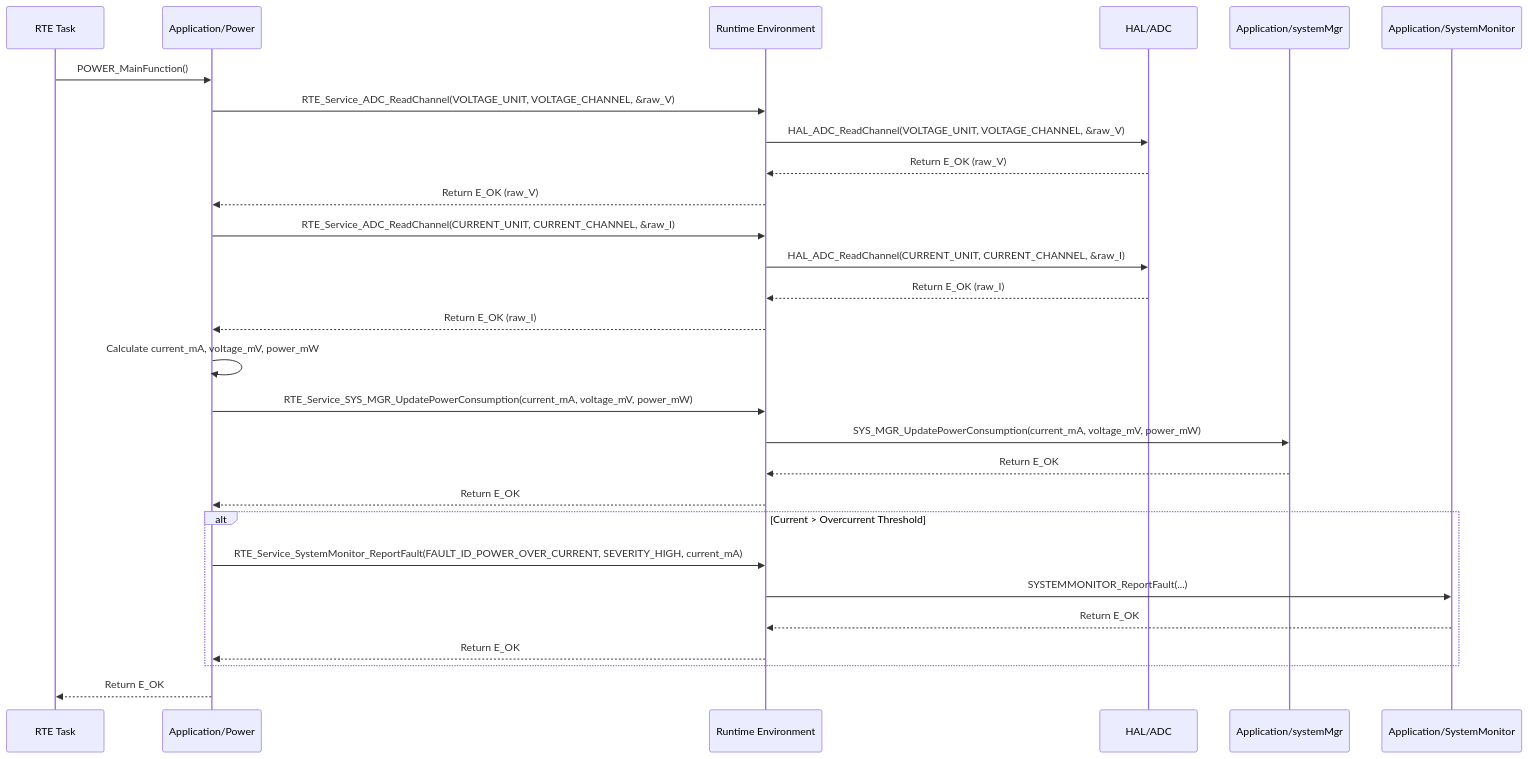
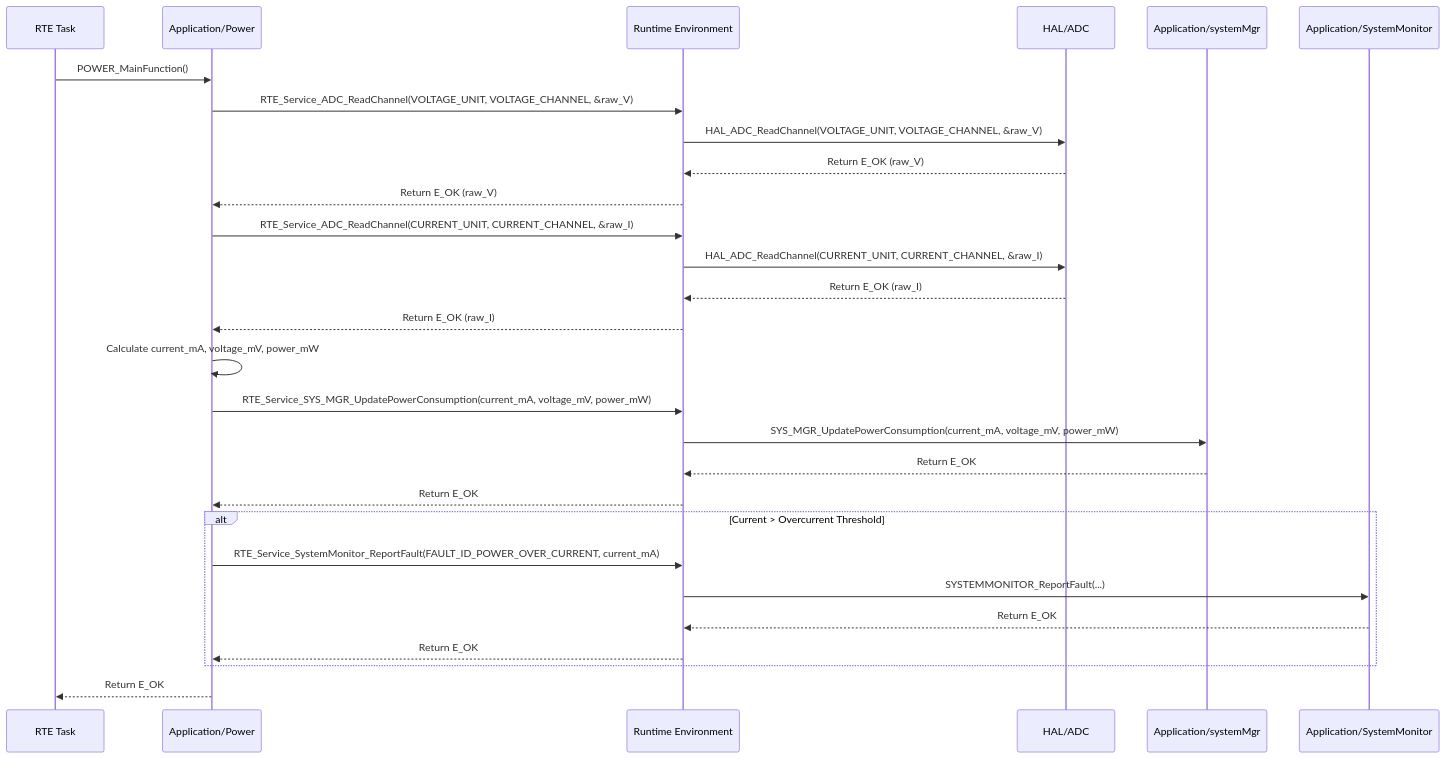
One commit to ashaker-2/Platform changed the diagram in Requiremets/Design/Application/PowerMgr.md. Above: the diagram before and after it, drawn with Mermaid. The commit also changed other lines of this file and 79 other files, not shown here.

````diff
--- a/Requiremets/Design/Application/PowerMgr.md
+++ b/Requiremets/Design/Application/PowerMgr.md
@@ -205,34 +209,34 @@
 ```mermaid
 sequenceDiagram  
     participant RTE_MainLoopTask as RTE Task  
     participant Power as Application/Power  
     participant RTE as Runtime Environment  
     participant HAL_ADC as HAL/ADC  
     participant SystemMgr as Application/systemMgr  
     participant SystemMonitor as Application/SystemMonitor
 
     RTE_MainLoopTask->>Power: POWER_MainFunction()  
     Power->>RTE: RTE_Service_ADC_ReadChannel(VOLTAGE_UNIT, VOLTAGE_CHANNEL, &raw_V)  
     RTE->>HAL_ADC: HAL_ADC_ReadChannel(VOLTAGE_UNIT, VOLTAGE_CHANNEL, &raw_V)  
     HAL_ADC-->>RTE: Return E_OK (raw_V)  
     RTE-->>Power: Return E_OK (raw_V)
 
     Power->>RTE: RTE_Service_ADC_ReadChannel(CURRENT_UNIT, CURRENT_CHANNEL, &raw_I)  
     RTE->>HAL_ADC: HAL_ADC_ReadChannel(CURRENT_UNIT, CURRENT_CHANNEL, &raw_I)  
     HAL_ADC-->>RTE: Return E_OK (raw_I)  
     RTE-->>Power: Return E_OK (raw_I)
 
     Power->>Power: Calculate current_mA, voltage_mV, power_mW  
     Power->>RTE: RTE_Service_SYS_MGR_UpdatePowerConsumption(current_mA, voltage_mV, power_mW)  
     RTE->>SystemMgr: SYS_MGR_UpdatePowerConsumption(current_mA, voltage_mV, power_mW)  
     SystemMgr-->>RTE: Return E_OK  
     RTE-->>Power: Return E_OK
 
     alt Current > Overcurrent Threshold  
-        Power->>RTE: RTE_Service_SystemMonitor_ReportFault(FAULT_ID_POWER_OVER_CURRENT, SEVERITY_HIGH, current_mA)  
+        Power->>RTE: RTE_Service_SystemMonitor_ReportFault(FAULT_ID_POWER_OVER_CURRENT,  current_mA)  
         RTE->>SystemMonitor: SYSTEMMONITOR_ReportFault(...)  
         SystemMonitor-->>RTE: Return E_OK  
         RTE-->>Power: Return E_OK  
     end  
     Power-->>RTE_MainLoopTask: Return E_OK
 ```
````
